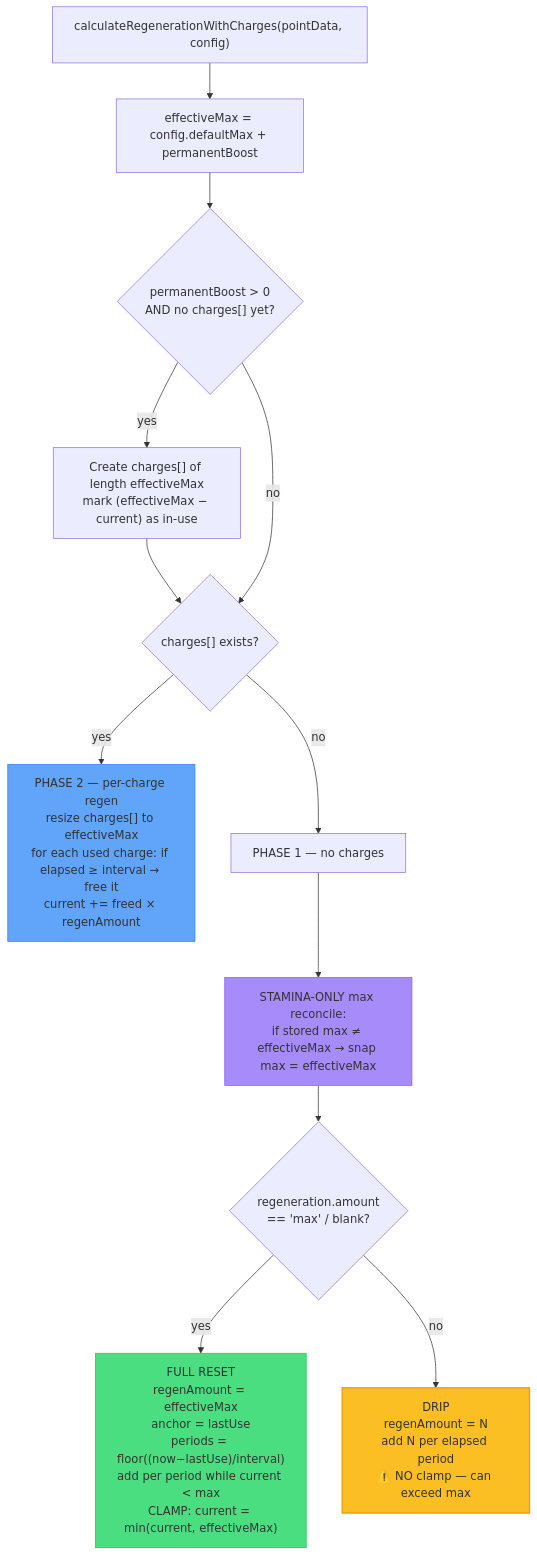
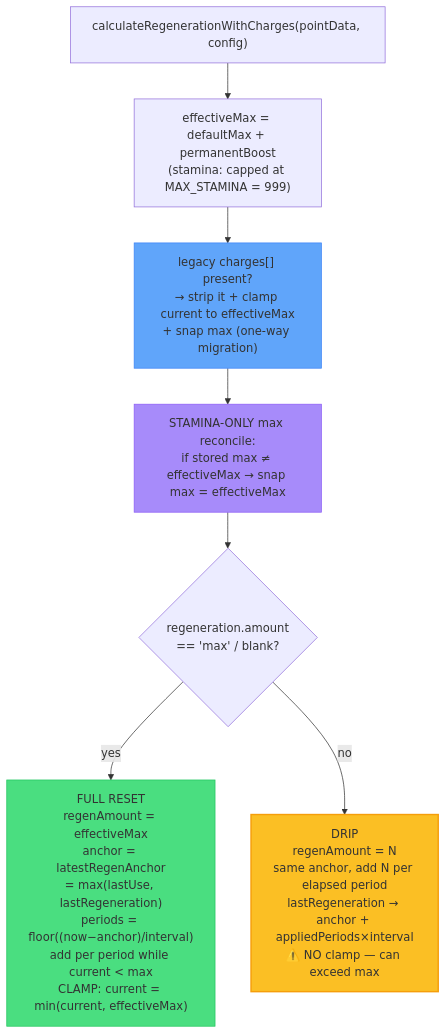
Before and after one commit to extremedonkey/castbot: the fifth of 11 diagrams in docs/03-features/StaminaArchitecture.md, drawn with Mermaid. The commit also changed other lines of this file and 8 other files, not shown here.

````diff
--- a/docs/03-features/StaminaArchitecture.md
+++ b/docs/03-features/StaminaArchitecture.md
@@ -252,29 +250,19 @@
 ```mermaid
 flowchart TD
     START["calculateRegenerationWithCharges(pointData, config)"]
-    EMAX["effectiveMax = config.defaultMax + permanentBoost"]
-    INITQ{"permanentBoost > 0<br/>AND no charges[] yet?"}
-    MAKECHARGES["Create charges[] of length effectiveMax<br/>mark (effectiveMax − current) as in-use"]
-    HASCHARGES{"charges[] exists?"}
-
-    PH2["PHASE 2 — per-charge regen<br/>resize charges[] to effectiveMax<br/>for each used charge: if elapsed ≥ interval → free it<br/>current += freed × regenAmount"]
-
-    PH1["PHASE 1 — no charges"]
+    EMAX["effectiveMax = defaultMax + permanentBoost<br/>(stamina: capped at MAX_STAMINA = 999)"]
+    MIGRATE["legacy charges[] present?<br/>→ strip it + clamp current to effectiveMax<br/>+ snap max (one-way migration)"]
     RECON["STAMINA-ONLY max reconcile:<br/>if stored max ≠ effectiveMax → snap max = effectiveMax"]
     MODEQ{"regeneration.amount<br/>== 'max' / blank?"}
-    FULLRESET["FULL RESET<br/>regenAmount = effectiveMax<br/>anchor = lastUse<br/>periods = floor((now−lastUse)/interval)<br/>add per period while current < max<br/>CLAMP: current = min(current, effectiveMax)"]
-    DRIP["DRIP<br/>regenAmount = N<br/>add N per elapsed period<br/>⚠️ NO clamp — can exceed max"]
+    FULLRESET["FULL RESET<br/>regenAmount = effectiveMax<br/>anchor = latestRegenAnchor<br/>= max(lastUse, lastRegeneration)<br/>periods = floor((now−anchor)/interval)<br/>add per period while current < max<br/>CLAMP: current = min(current, effectiveMax)"]
+    DRIP["DRIP<br/>regenAmount = N<br/>same anchor, add N per elapsed period<br/>lastRegeneration → anchor + appliedPeriods×interval<br/>⚠️ NO clamp — can exceed max"]
 
-    START --> EMAX --> INITQ
-    INITQ -->|yes| MAKECHARGES --> HASCHARGES
-    INITQ -->|no| HASCHARGES
-    HASCHARGES -->|yes| PH2
-    HASCHARGES -->|no| PH1 --> RECON --> MODEQ
+    START --> EMAX --> MIGRATE --> RECON --> MODEQ
     MODEQ -->|yes| FULLRESET
     MODEQ -->|no| DRIP
 
     style FULLRESET fill:#4ade80,stroke:#22c55e
     style DRIP fill:#fbbf24,stroke:#f59e0b,stroke-width:2px
-    style PH2 fill:#60a5fa,stroke:#3b82f6
+    style MIGRATE fill:#60a5fa,stroke:#3b82f6
     style RECON fill:#a78bfa,stroke:#8b5cf6
 ```
````
